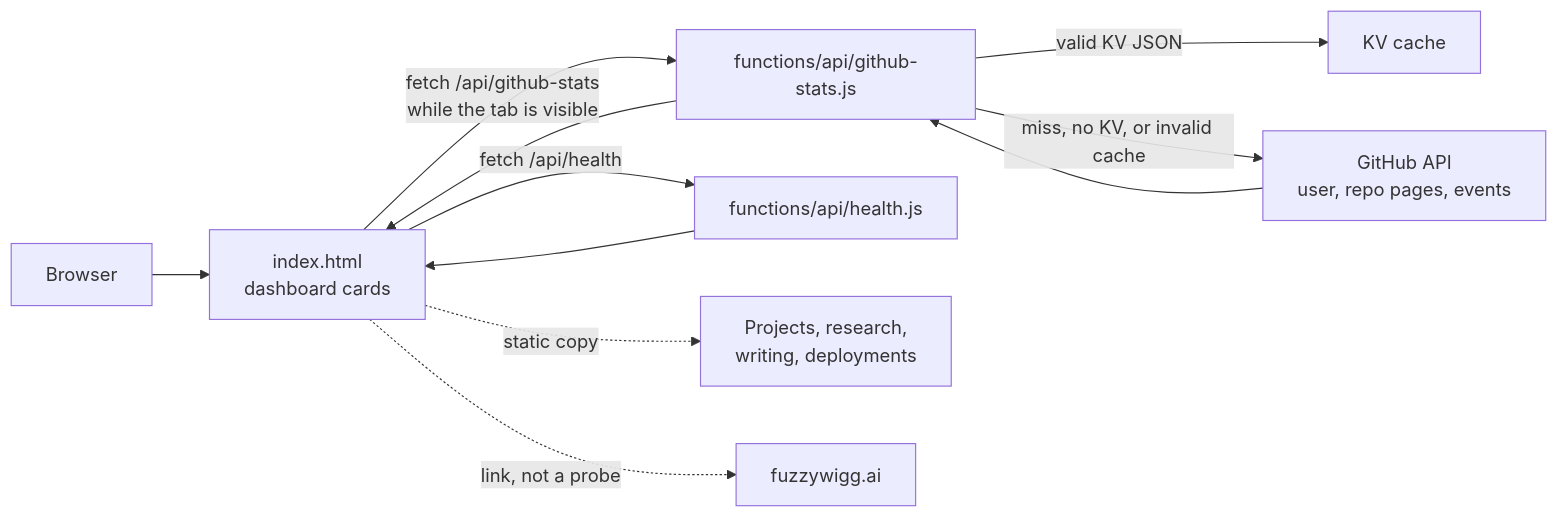
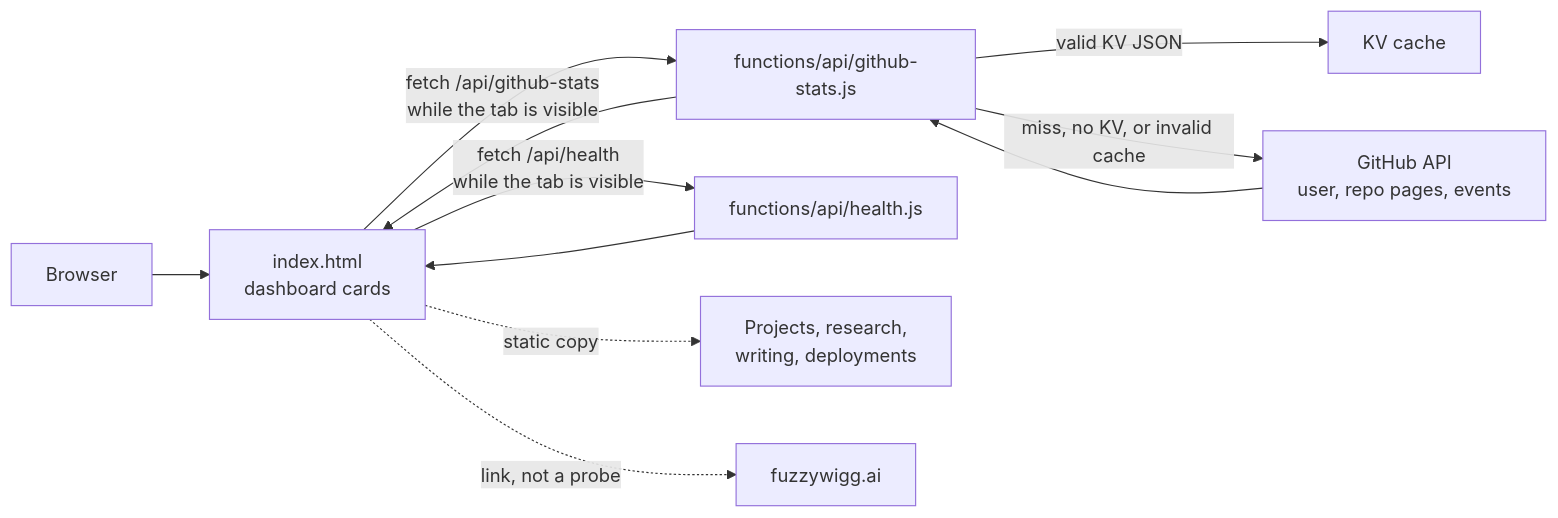
The diagram in README.md (fuzzywigg/meromhouse), drawn with Mermaid before and after one commit. The commit also changed other lines of this file and 20 other files, not shown here.

````diff
--- a/README.md
+++ b/README.md
@@ -36,13 +36,13 @@
 ```mermaid
 flowchart LR
   Browser["Browser"] --> Index["index.html<br/>dashboard cards"]
   Index -->|"fetch /api/github-stats<br/>while the tab is visible"| GhFn["functions/api/github-stats.js"]
   GhFn -->|"valid KV JSON"| KV["KV cache"]
   GhFn -->|"miss, no KV, or invalid cache"| GH["GitHub API<br/>user, repo pages, events"]
   GH --> GhFn
   GhFn --> Index
-  Index -->|"fetch /api/health"| Health["functions/api/health.js"]
+  Index -->|"fetch /api/health<br/>while the tab is visible"| Health["functions/api/health.js"]
   Health --> Index
   Index -.->|"static copy"| Static["Projects, research,<br/>writing, deployments"]
   Index -.->|"link, not a probe"| Hub["fuzzywigg.ai"]
 ```
````
